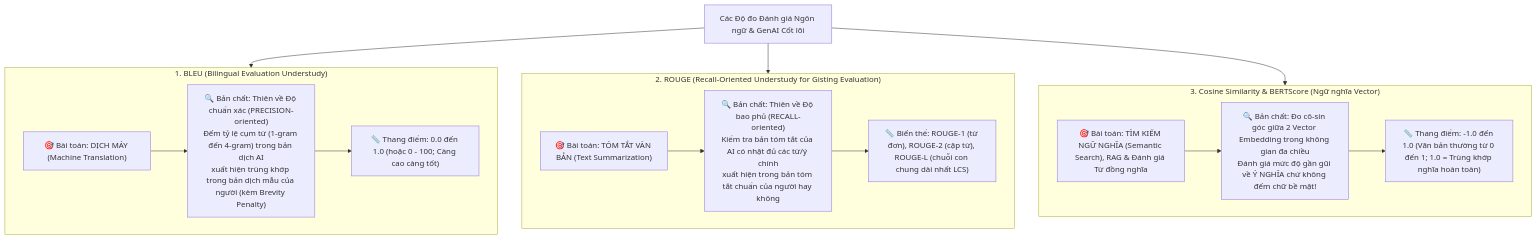
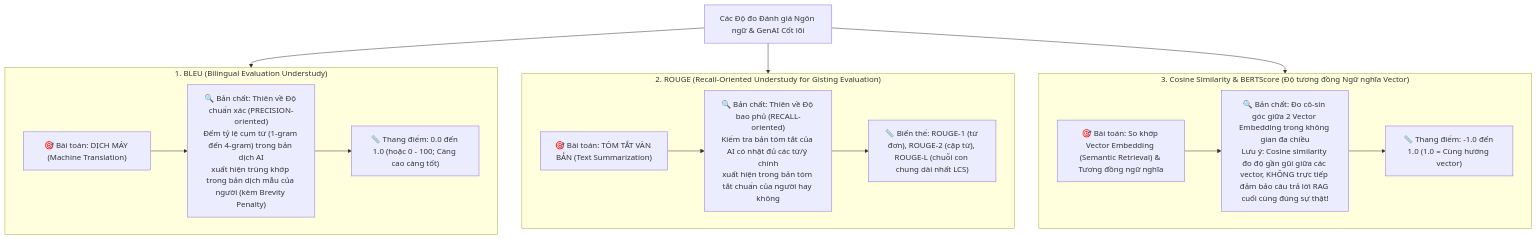
Before and after one commit to nxthanh2904/nca-genl: the fourth of 5 diagrams in Module_05_Model_Selection.md, drawn with Mermaid. The commit also changed other lines of this file and 14 other files, not shown here.

````diff
--- a/Module_05_Model_Selection.md
+++ b/Module_05_Model_Selection.md
@@ -154,27 +154,27 @@
 ```mermaid
 flowchart TD
     Metrics["Các Độ đo Đánh giá Ngôn ngữ & GenAI Cốt lõi"]
     
     subgraph M1["1. BLEU (Bilingual Evaluation Understudy)"]
         B1["🎯 Bài toán: DỊCH MÁY (Machine Translation)"]
         B2["🔍 Bản chất: Thiên về Độ chuẩn xác (PRECISION-oriented)<br/>Đếm tỷ lệ cụm từ (1-gram đến 4-gram) trong bản dịch AI<br/>xuất hiện trùng khớp trong bản dịch mẫu của người (kèm Brevity Penalty)"]
         B3["📏 Thang điểm: 0.0 đến 1.0 (hoặc 0 - 100; Càng cao càng tốt)"]
         B1 --> B2 --> B3
     end
 
     subgraph M2["2. ROUGE (Recall-Oriented Understudy for Gisting Evaluation)"]
         R1["🎯 Bài toán: TÓM TẮT VĂN BẢN (Text Summarization)"]
         R2["🔍 Bản chất: Thiên về Độ bao phủ (RECALL-oriented)<br/>Kiểm tra bản tóm tắt của AI có nhặt đủ các từ/ý chính<br/>xuất hiện trong bản tóm tắt chuẩn của người hay không"]
         R3["📏 Biến thể: ROUGE-1 (từ đơn), ROUGE-2 (cặp từ), ROUGE-L (chuỗi con chung dài nhất LCS)"]
         R1 --> R2 --> R3
     end
 
-    subgraph M3["3. Cosine Similarity & BERTScore (Ngữ nghĩa Vector)"]
-        C1["🎯 Bài toán: TÌM KIẾM NGỮ NGHĨA (Semantic Search), RAG & Đánh giá Từ đồng nghĩa"]
-        C2["🔍 Bản chất: Đo cô-sin góc giữa 2 Vector Embedding trong không gian đa chiều<br/>Đánh giá mức độ gần gũi về Ý NGHĨA chứ không đếm chữ bề mặt!"]
-        C3["📏 Thang điểm: -1.0 đến 1.0 (Văn bản thường từ 0 đến 1; 1.0 = Trùng khớp nghĩa hoàn toàn)"]
+    subgraph M3["3. Cosine Similarity & BERTScore (Độ tương đồng Ngữ nghĩa Vector)"]
+        C1["🎯 Bài toán: So khớp Vector Embedding (Semantic Retrieval) & Tương đồng ngữ nghĩa"]
+        C2["🔍 Bản chất: Đo cô-sin góc giữa 2 Vector Embedding trong không gian đa chiều<br/>Lưu ý: Cosine similarity đo độ gần gũi giữa các vector, KHÔNG trực tiếp đảm bảo câu trả lời RAG cuối cùng đúng sự thật!"]
+        C3["📏 Thang điểm: -1.0 đến 1.0 (1.0 = Cùng hướng vector)"]
         C1 --> C2 --> C3
     end
 
     Metrics --> M1 & M2 & M3
 ```
````
